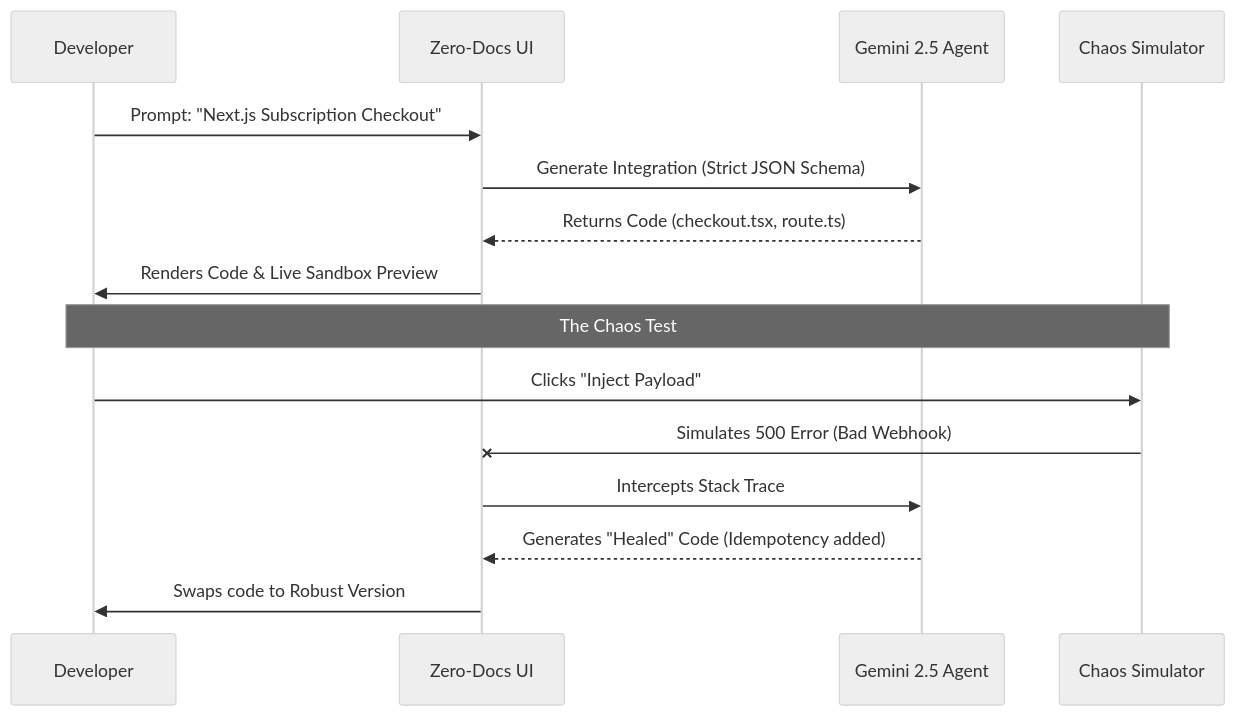
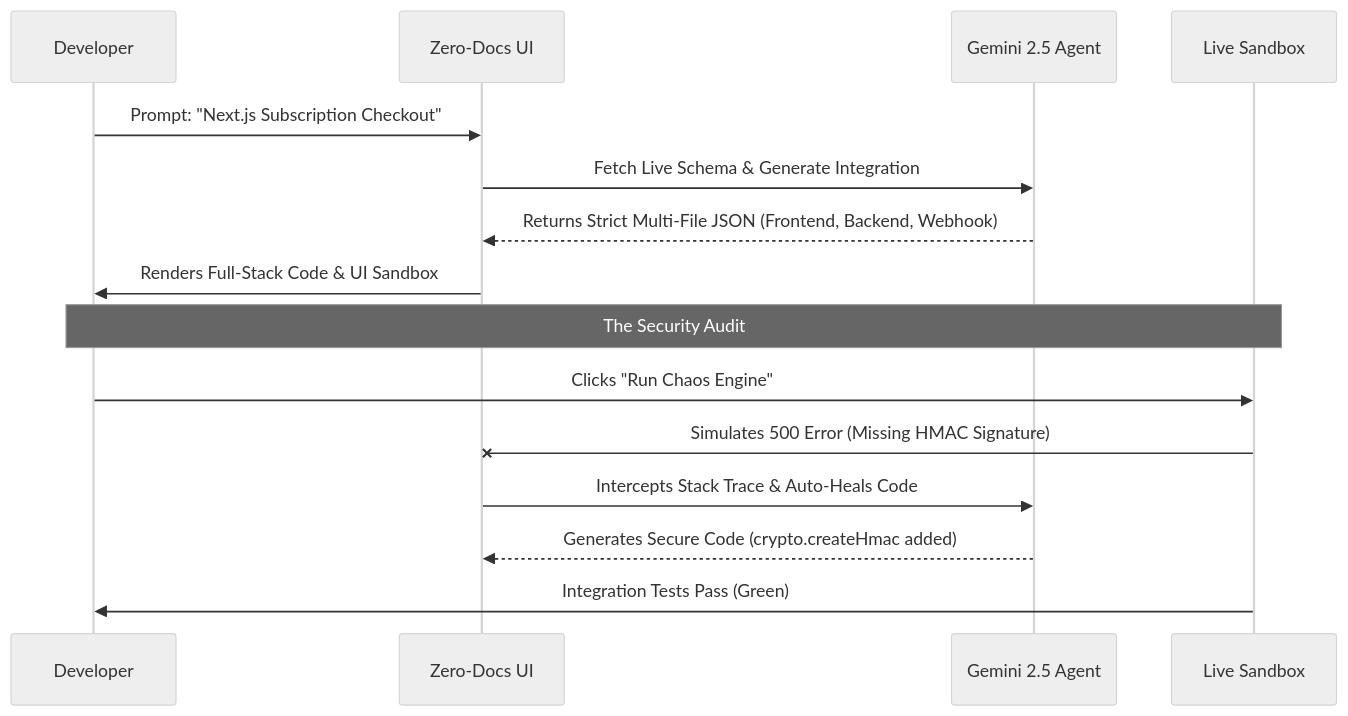
One commit to rayanakarthikeyan/Zero-Docs-Copilot changed the diagram in README.md. Above: the diagram before and after it, drawn with Mermaid (neutral theme). The commit also changed other lines of this file, not shown here.

````diff
--- a/README.md
+++ b/README.md
@@ -29,19 +52,19 @@
 ```mermaid
 sequenceDiagram
     participant Dev as Developer
     participant UI as Zero-Docs UI
     participant AI as Gemini 2.5 Agent
-    participant Sim as Chaos Simulator
+    participant Sim as Live Sandbox
 
     Dev->>UI: Prompt: "Next.js Subscription Checkout"
-    UI->>AI: Generate Integration (Strict JSON Schema)
-    AI-->>UI: Returns Code (checkout.tsx, route.ts)
-    UI->>Dev: Renders Code & Live Sandbox Preview
+    UI->>AI: Fetch Live Schema & Generate Integration
+    AI-->>UI: Returns Strict Multi-File JSON (Frontend, Backend, Webhook)
+    UI->>Dev: Renders Full-Stack Code & UI Sandbox
     
-    Note over Dev,Sim: The Chaos Test
-    Dev->>Sim: Clicks "Inject Payload"
-    Sim-xUI: Simulates 500 Error (Bad Webhook)
-    UI->>AI: Intercepts Stack Trace
-    AI-->>UI: Generates "Healed" Code (Idempotency added)
-    UI->>Dev: Swaps code to Robust Version
+    Note over Dev,Sim: The Security Audit
+    Dev->>Sim: Clicks "Run Chaos Engine"
+    Sim-xUI: Simulates 500 Error (Missing HMAC Signature)
+    UI->>AI: Intercepts Stack Trace & Auto-Heals Code
+    AI-->>UI: Generates Secure Code (crypto.createHmac added)
+    Sim->>Dev: Integration Tests Pass (Green)
 ```
````
